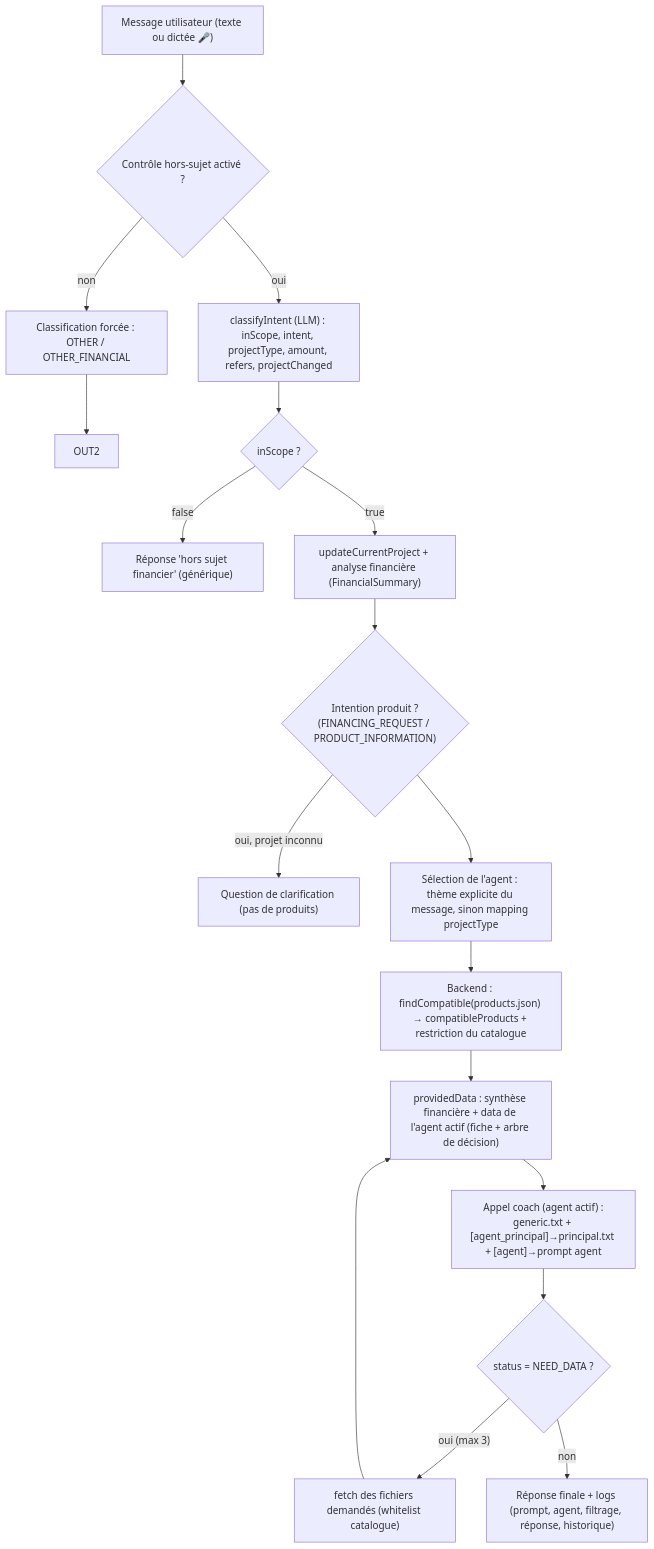
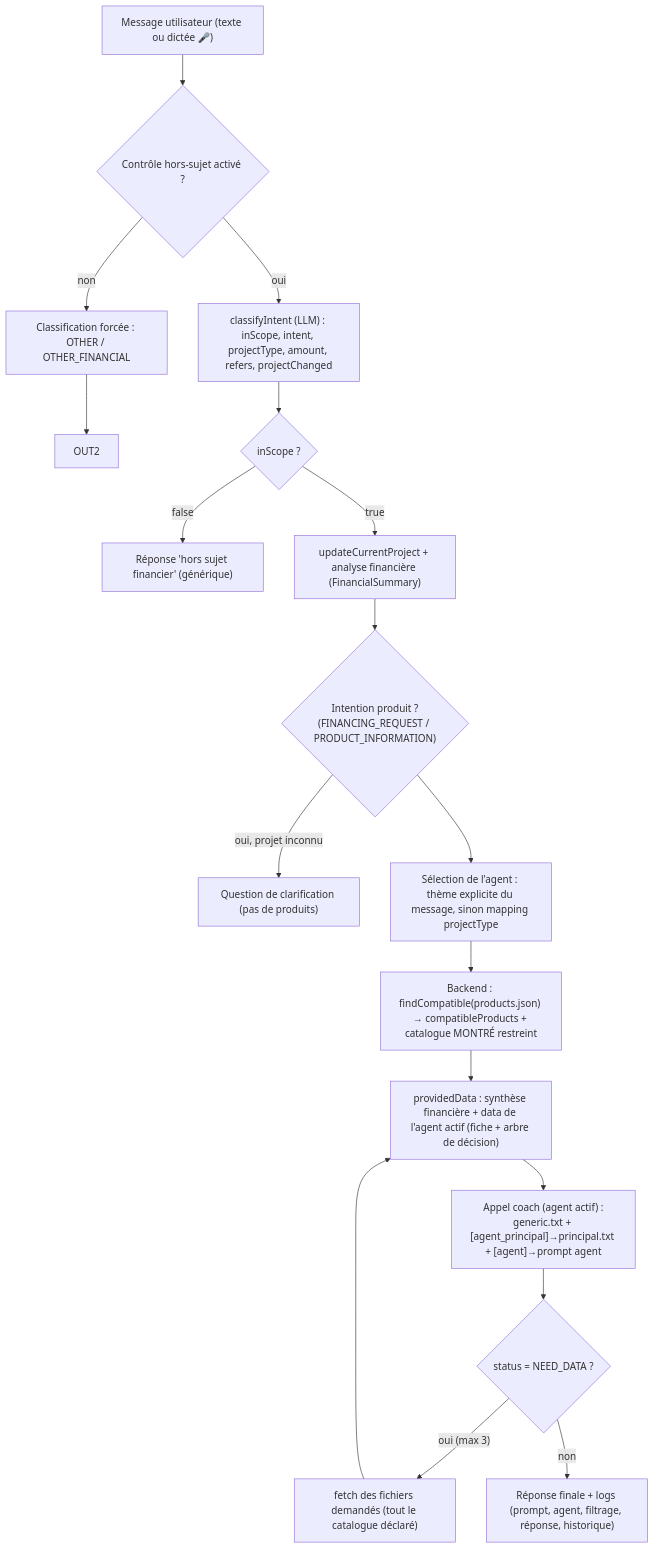
The first of 7 diagrams in docs/flux-architectural.md (gamer2000fr-coder/financial-coach), drawn with Mermaid before and after one commit. The commit also changed other lines of this file and 58 other files, not shown here.

````diff
--- a/docs/flux-architectural.md
+++ b/docs/flux-architectural.md
@@ -20,21 +20,21 @@
 ```mermaid
 flowchart TD
     U["Message utilisateur (texte ou dictée 🎤)"]
     U --> G1{"Contrôle hors-sujet activé ?"}
     G1 -- "non" --> FORCED["Classification forcée : OTHER / OTHER_FINANCIAL"]
     G1 -- "oui" --> CLS["classifyIntent (LLM) : inScope, intent, projectType, amount, refers, projectChanged"]
     FORCED --> OUT2
     CLS --> OOS{"inScope ?"}
     OOS -- "false" --> R_OOS["Réponse 'hors sujet financier' (générique)"]
     OOS -- "true" --> PRJ["updateCurrentProject + analyse financière (FinancialSummary)"]
     PRJ --> REQ{"Intention produit ?<br/>(FINANCING_REQUEST / PRODUCT_INFORMATION)"}
     REQ -- "oui, projet inconnu" --> CLARIF["Question de clarification (pas de produits)"]
     REQ --> AGENT["Sélection de l'agent : thème explicite du message, sinon mapping projectType"]
-    AGENT --> PROD["Backend : findCompatible(products.json) → compatibleProducts + restriction du catalogue"]
+    AGENT --> PROD["Backend : findCompatible(products.json) → compatibleProducts + catalogue MONTRÉ restreint"]
     PROD --> DATA["providedData : synthèse financière + data de l'agent actif (fiche + arbre de décision)"]
     DATA --> COACH["Appel coach (agent actif) :<br/>generic.txt + [agent_principal]→principal.txt + [agent]→prompt agent"]
     COACH --> LOOP{"status = NEED_DATA ?"}
-    LOOP -- "oui (max 3)" --> FETCH["fetch des fichiers demandés (whitelist catalogue)"]
+    LOOP -- "oui (max 3)" --> FETCH["fetch des fichiers demandés (tout le catalogue déclaré)"]
     FETCH --> DATA
     LOOP -- "non" --> LOG["Réponse finale + logs (prompt, agent, filtrage, réponse, historique)"]
 ```
````
